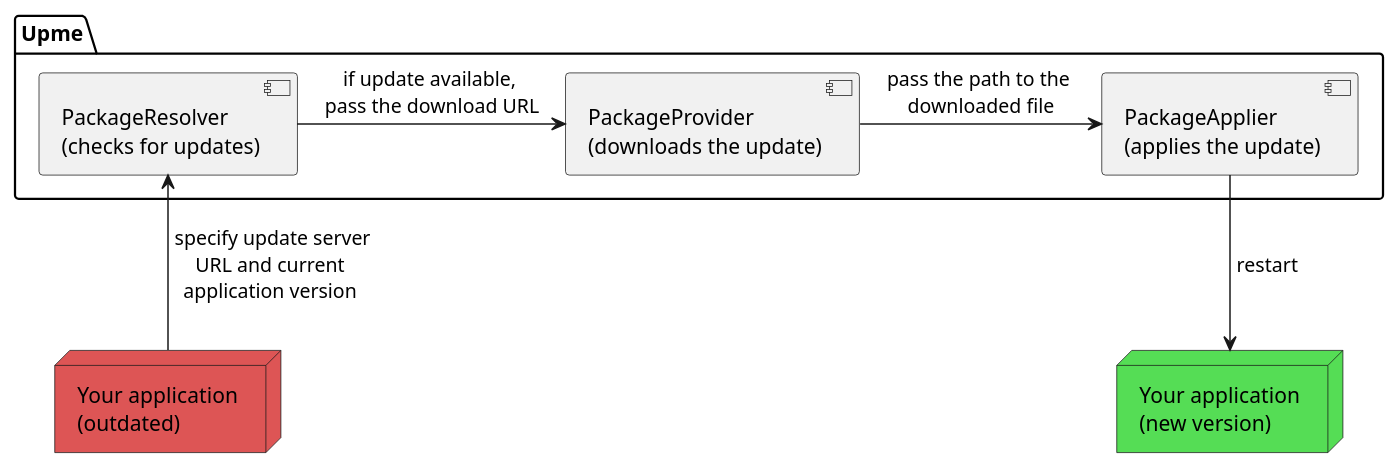
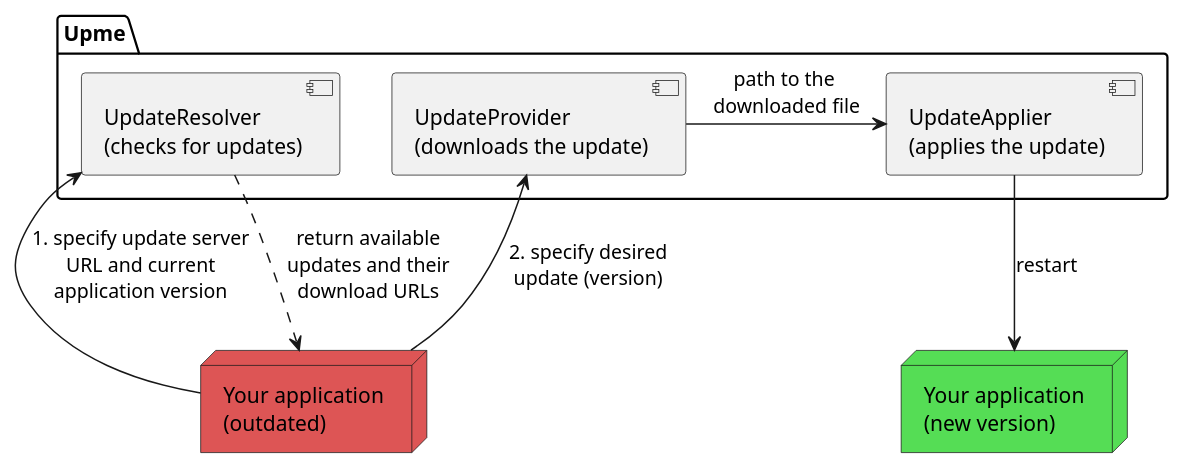
One commit to olepoeschl/Upme changed the diagram in docs/src/flow.puml. Above: the diagram before and after it, drawn with PlantUML. The commit also changed 2 other files, not shown here.

Commit message:
updated flow diagram and renamed "package" to simply "update", also updated gitignore accordingly

```diff
--- a/docs/src/flow.puml
+++ b/docs/src/flow.puml
@@ -1,18 +1,19 @@
 @startuml
 skinparam backgroundColor transparent
 'skinparam linetype ortho // orthogonal lines for cleaner routing
 
 package "Upme" {
-    [PackageResolver\n(checks for updates)] as resolver
-    [PackageProvider\n(downloads the update)] as provider
-    [PackageApplier\n(applies the update)] as applier
+    [UpdateResolver\n(checks for updates)] as resolver
+    [UpdateProvider\n(downloads the update)] as provider
+    [UpdateApplier\n(applies the update)] as applier
 }
 node "Your application \n(outdated)" as old_app #dd5555
 node "Your application \n(new version)" as new_app #55dd55
 
-old_app -up-> resolver : " specify update server\nURL and current\napplication version"
-resolver -right-> provider : "if update available, \npass the download URL"
-provider -right-> applier : "pass the path to the \ndownloaded file"
-applier -down-> new_app : " restart"
+old_app -left-> resolver : "1. specify update server\nURL and current\napplication version"
+resolver .down.> old_app : "return available\nupdates and their\ndownload URLs"
+old_app -up-> provider : "2. specify desired\nupdate (version)"
+provider -right-> applier : "path to the \ndownloaded file"
+applier -down-> new_app : "restart"
 
 @enduml
```
